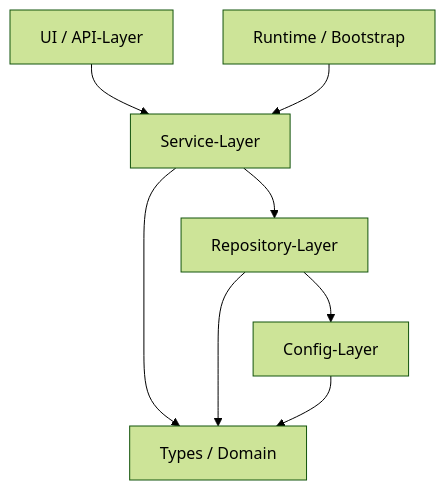
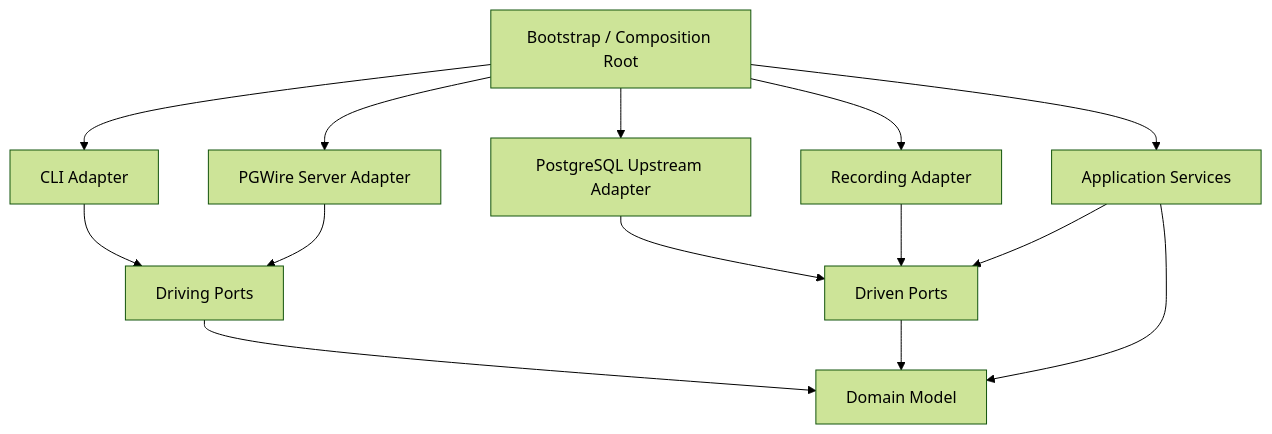
Before and after one commit to pt9912/pgwire-recorder: the first of 6 diagrams in spec/architecture.md, drawn with Mermaid (forest theme). The commit also changed other lines of this file and 3 other files, not shown here.

````diff
--- a/spec/architecture.md
+++ b/spec/architecture.md
@@ -28,17 +54,26 @@
 ```mermaid
 flowchart TB
-    UI[UI / API-Layer]
-    Runtime[Runtime / Bootstrap]
-    Service[Service-Layer]
-    Repo[Repository-Layer]
-    Config[Config-Layer]
-    Types[Types / Domain]
+    Boot[Bootstrap / Composition Root]
+    CLI[CLI Adapter]
+    PGW[PGWire Server Adapter]
+    Drv[Driving Ports]
+    Svc[Application Services]
+    Model[Domain Model]
+    Dvn[Driven Ports]
+    PGA[PostgreSQL Upstream Adapter]
+    Rec[Recording Adapter]
 
-    UI --> Service
-    Runtime --> Service
-    Service --> Repo
-    Service --> Types
-    Repo --> Config
-    Repo --> Types
-    Config --> Types
+    Boot --> CLI
+    Boot --> PGW
+    Boot --> PGA
+    Boot --> Rec
+    Boot --> Svc
+    CLI --> Drv
+    PGW --> Drv
+    Svc --> Dvn
+    Svc --> Model
+    Drv --> Model
+    Dvn --> Model
+    PGA --> Dvn
+    Rec --> Dvn
 ```
````
